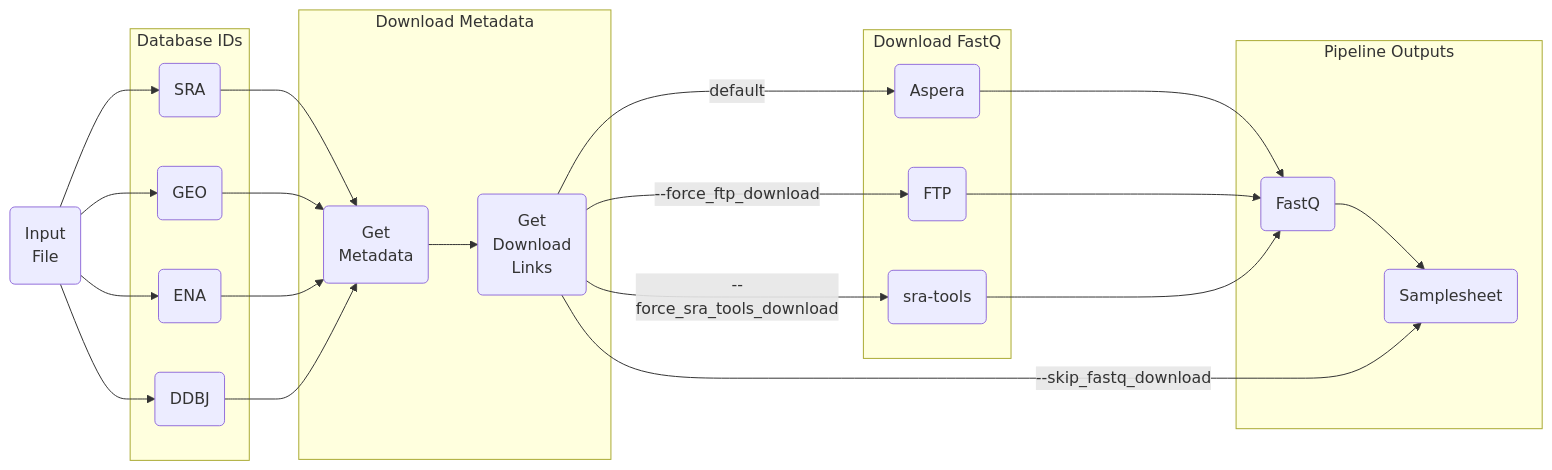
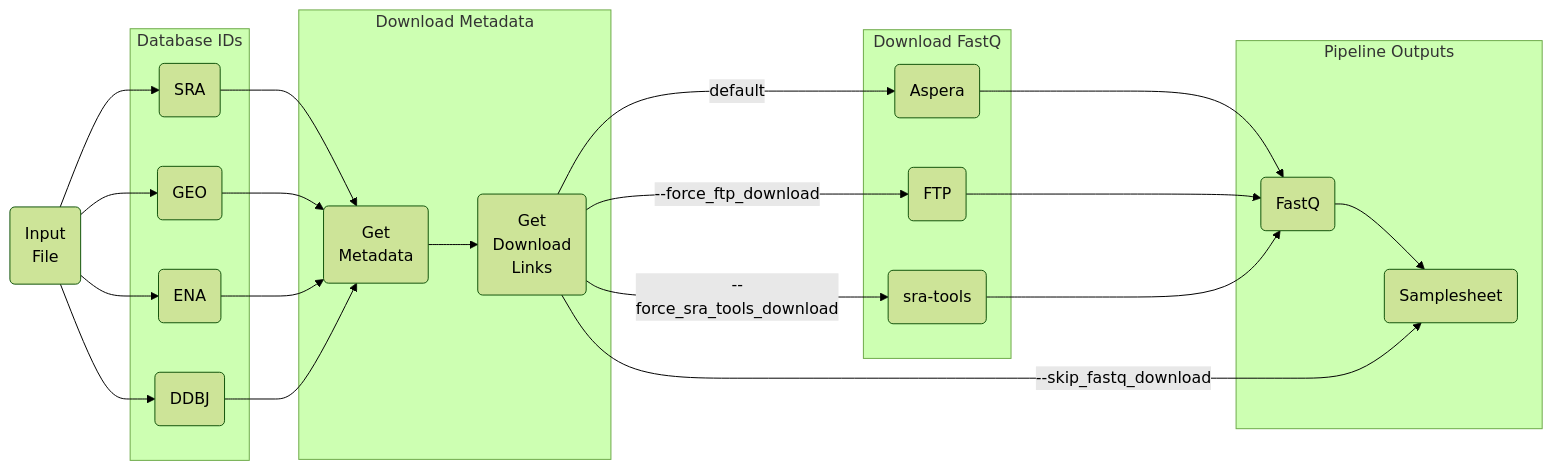
One commit to nf-core/fetchngs changed the diagram in README.md. Above: the diagram before and after it, drawn with Mermaid.

Commit message:
Change theme to Forest

````diff
--- a/README.md
+++ b/README.md
@@ -26,29 +26,30 @@
 ```mermaid
+%%{init: {'theme': 'forest' } }%%
 flowchart LR
     IDS("`Input 
     File`") --> SRA & GEO & ENA & DDBJ
     subgraph SG_DBIDS[Database IDs]
       SRA("SRA")
       GEO("GEO")
       ENA("ENA")
       DDBJ("DDBJ")
     end
     subgraph SG_METADATA[Download Metadata]
       SRA & GEO & ENA & DDBJ --> META("`Get 
       Metadata`")
       META --> LINKS("`Get 
       Download
       Links`")
     end
     subgraph SG_FETCH_FASTQ[Download FastQ]
       LINKS --> |default| ASPERA("Aspera")
       LINKS --> |--force_ftp_download| FTP("FTP")
       LINKS --> |--force_sra_tools_download| SRATOOLS("sra-tools")
     end
     subgraph SG_FASTQ[Pipeline Outputs]
       ASPERA & FTP & SRATOOLS --> FASTQ("FastQ")
       FASTQ --> SAMPLESHEET("Samplesheet")
     end
     LINKS --> |--skip_fastq_download| SAMPLESHEET
     
 ```
````
